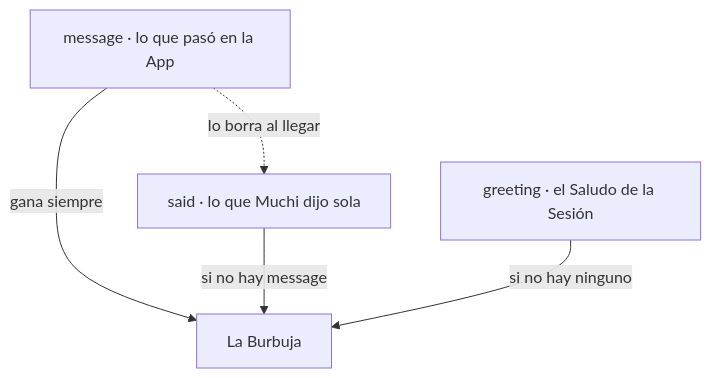
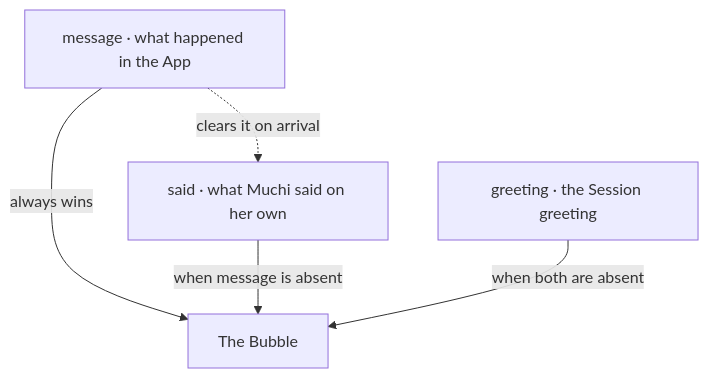
The first of 2 diagrams in docs/how-muchi-speaks.md (metaliaw/muchi), drawn with Mermaid before and after one commit. The commit also changed other lines of this file and 38 other files, not shown here.

````diff
--- a/docs/how-muchi-speaks.md
+++ b/docs/how-muchi-speaks.md
@@ -85,12 +84,12 @@
 ```mermaid
 flowchart TD
-    message["message · lo que pasó en la App"]
-    said["said · lo que Muchi dijo sola"]
-    greeting["greeting · el Saludo de la Sesión"]
-    bubble["La Burbuja"]
+    message["message · what happened in the App"]
+    said["said · what Muchi said on her own"]
+    greeting["greeting · the Session greeting"]
+    bubble["The Bubble"]
 
-    message -->|"gana siempre"| bubble
-    said -->|"si no hay message"| bubble
-    greeting -->|"si no hay ninguno"| bubble
-    message -.->|"lo borra al llegar"| said
+    message -->|"always wins"| bubble
+    said -->|"when message is absent"| bubble
+    greeting -->|"when both are absent"| bubble
+    message -.->|"clears it on arrival"| said
 ```
````
